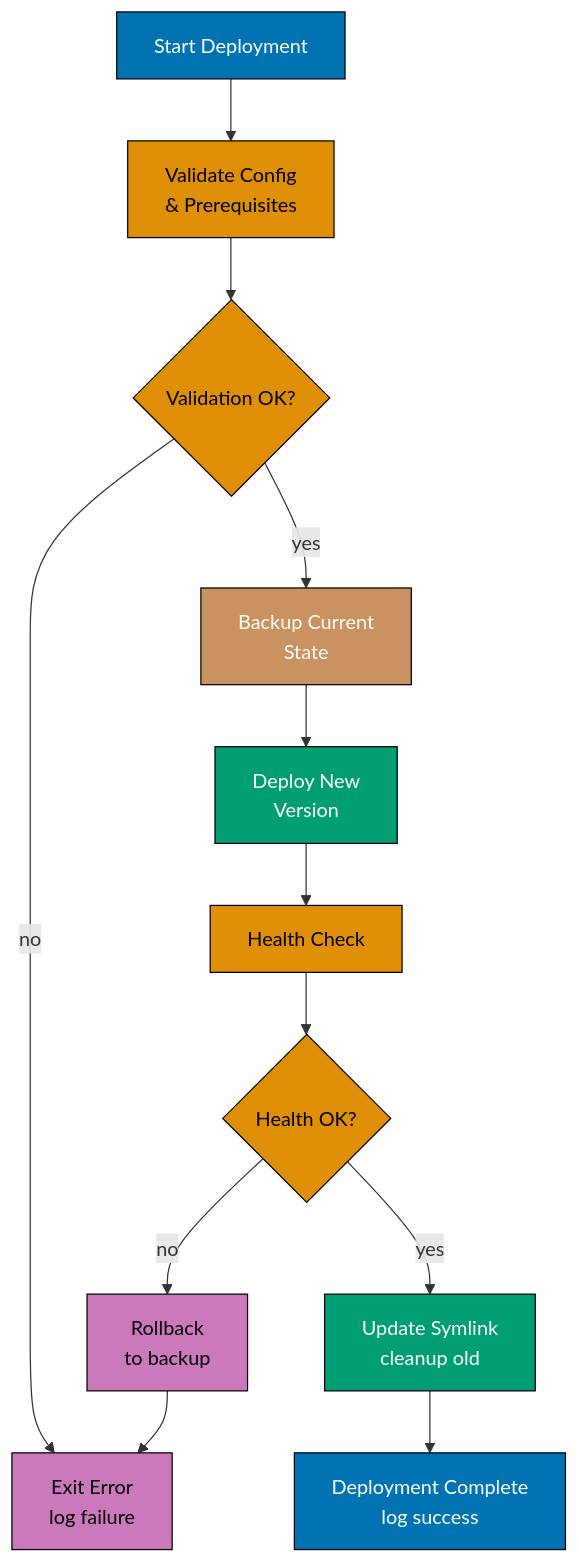
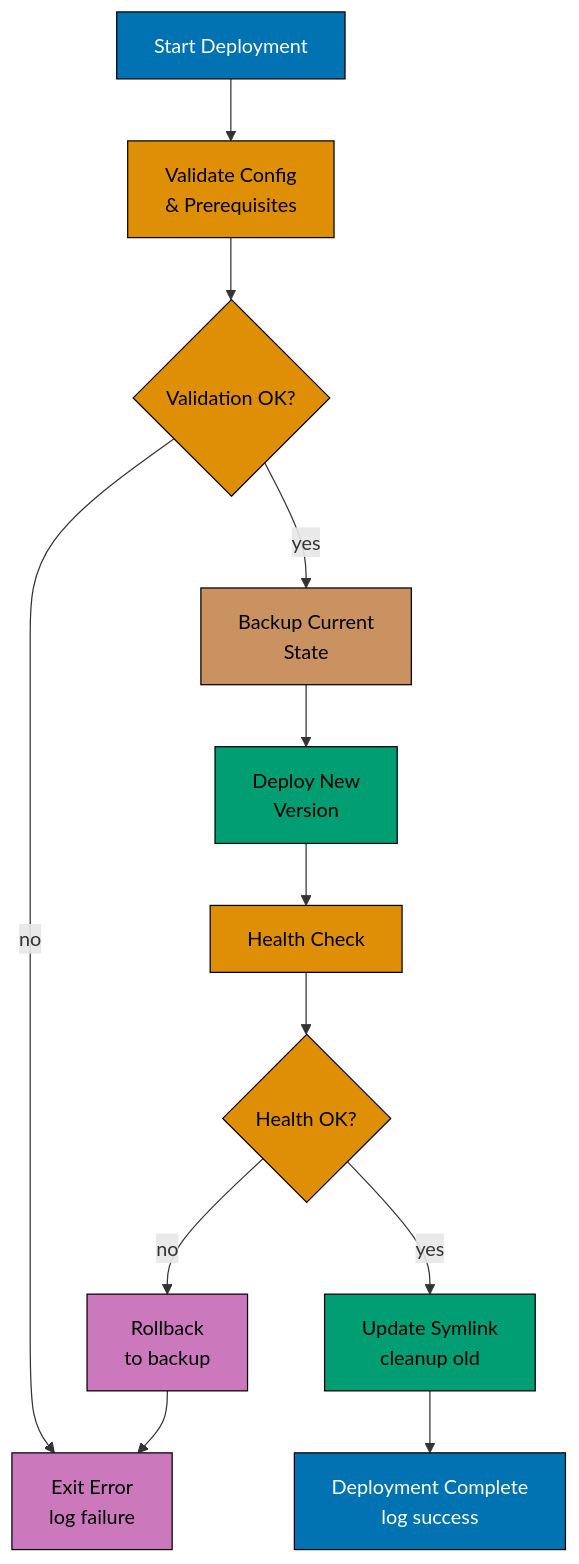
Before and after one commit to wahidyankf/ose-public: the third of 4 diagrams in apps/ayokoding-www/content/en/learn/legacy/software-engineering/platforms/linux/tools/shell/by-example/advanced.md, drawn with Mermaid. The commit also changed other lines of this file and 130 other files, not shown here.

First line of the commit message:
fix(mermaid): bring the legacy platforms diagrams onto the accessible palette

````diff
--- a/apps/ayokoding-www/content/en/learn/legacy/software-engineering/platforms/linux/tools/shell/by-example/advanced.md
+++ b/apps/ayokoding-www/content/en/learn/legacy/software-engineering/platforms/linux/tools/shell/by-example/advanced.md
@@ -1183,27 +1199,35 @@
 ```mermaid
 %% Color Palette: Blue #0173B2, Orange #DE8F05, Teal #029E73, Purple #CC78BC, Brown #CA9161
 graph TD
+    accTitle: Diagram
+    accDescr: Graph with 12 nodes and 12 connections. Nodes: Start Deployment, B, Prerequisites, Validation OK?, Exit Error log failure, Backup Current State, Deploy New Version, Health Check, Health OK?, Rollback to backup, Update Symlink cleanup old, Deployment Complete log success. Connections: Start Deployment to B, Start Deployment to Prerequisites, B to Validation OK?, Validation OK? to Exit Error log failure (no), Validation OK? to Backup Current State (yes), Backup Current State to Deploy New Version, Deploy New Version to Health Check, Health Check to Health OK?, Health OK? to Rollback to backup (no), Health OK? to Update Symlink cleanup old (yes), Rollback to backup to Exit Error log failure, Update Symlink cleanup old to Deployment Complete log success.
     A[Start Deployment] --> B[Validate Config<br/>& Prerequisites]
     B --> C{Validation OK?}
     C -->|no| D[Exit Error<br/>log failure]
     C -->|yes| E[Backup Current<br/>State]
     E --> F[Deploy New<br/>Version]
     F --> G[Health Check]
     G --> H{Health OK?}
     H -->|no| I[Rollback<br/>to backup]
     H -->|yes| J[Update Symlink<br/>cleanup old]
     I --> D
     J --> K[Deployment Complete<br/>log success]
 
-    style A fill:#0173B2,stroke:#000,color:#fff
-    style B fill:#DE8F05,stroke:#000,color:#000
-    style C fill:#DE8F05,stroke:#000,color:#000
-    style D fill:#CC78BC,stroke:#000,color:#000
-    style E fill:#CA9161,stroke:#000,color:#fff
-    style F fill:#029E73,stroke:#000,color:#fff
-    style G fill:#DE8F05,stroke:#000,color:#000
-    style H fill:#DE8F05,stroke:#000,color:#000
-    style I fill:#CC78BC,stroke:#000,color:#000
-    style J fill:#029E73,stroke:#000,color:#fff
-    style K fill:#0173B2,stroke:#000,color:#fff
+    classDef pal-0173B2 fill:#0173B2,stroke:#000000,color:#FFFFFF
+    class A pal-0173B2
+    classDef pal-DE8F05 fill:#DE8F05,stroke:#000000,color:#000000
+    class B pal-DE8F05
+    class C pal-DE8F05
+    classDef pal-CC78BC fill:#CC78BC,stroke:#000000,color:#000000
+    class D pal-CC78BC
+    classDef pal-CA9161 fill:#CA9161,stroke:#000000,color:#000000
+    class E pal-CA9161
+    classDef pal-029E73 fill:#029E73,stroke:#000000,color:#000000
+    class F pal-029E73
+    class G pal-DE8F05
+    class H pal-DE8F05
+    class I pal-CC78BC
+    class J pal-029E73
+    class K pal-0173B2
+    classDef default fill:#FFFFFF,stroke:#000000,color:#000000
 ```
````
